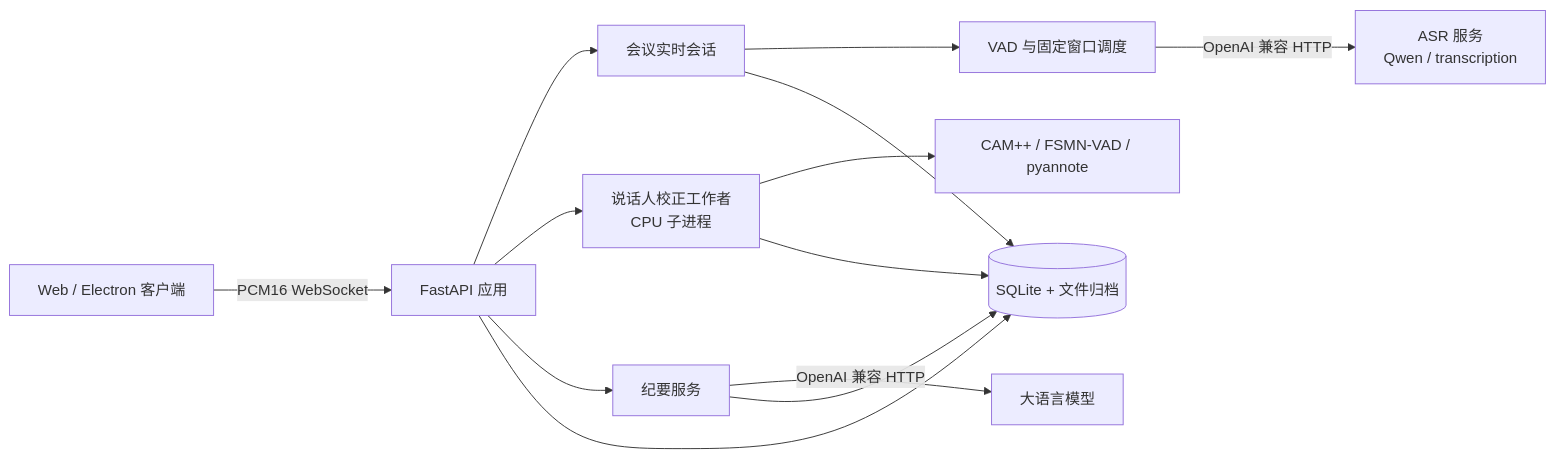
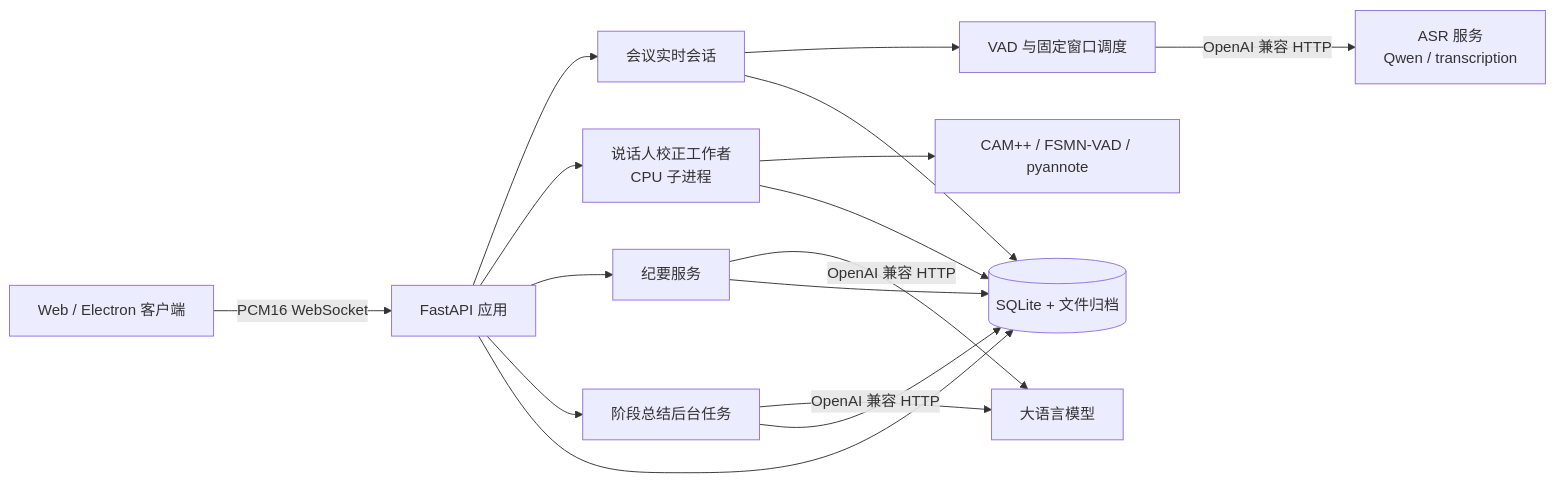
One commit to aventadordabbler/audio2text changed the diagram in README.md. Above: the diagram before and after it, drawn with Mermaid. The commit also changed other lines of this file and 17 other files, not shown here.

````diff
--- a/README.md
+++ b/README.md
@@ -21,15 +22,18 @@
 ```mermaid
 flowchart LR
     C[Web / Electron 客户端] -->|PCM16 WebSocket| A[FastAPI 应用]
     A --> R[会议实时会话]
     R --> V[VAD 与固定窗口调度]
     V -->|OpenAI 兼容 HTTP| S[ASR 服务<br/>Qwen / transcription]
     A --> D[说话人校正工作者<br/>CPU 子进程]
     D --> M[CAM++ / FSMN-VAD / pyannote]
     A --> L[纪要服务]
     L -->|OpenAI 兼容 HTTP| T[大语言模型]
+    A --> G[阶段总结后台任务]
+    G -->|OpenAI 兼容 HTTP| T
     A --> DB[(SQLite + 文件归档)]
     R --> DB
     D --> DB
     L --> DB
+    G --> DB
 ```
````
